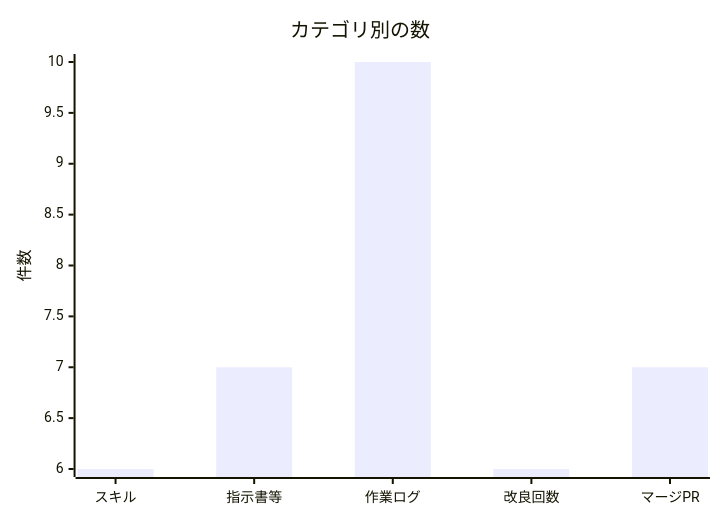
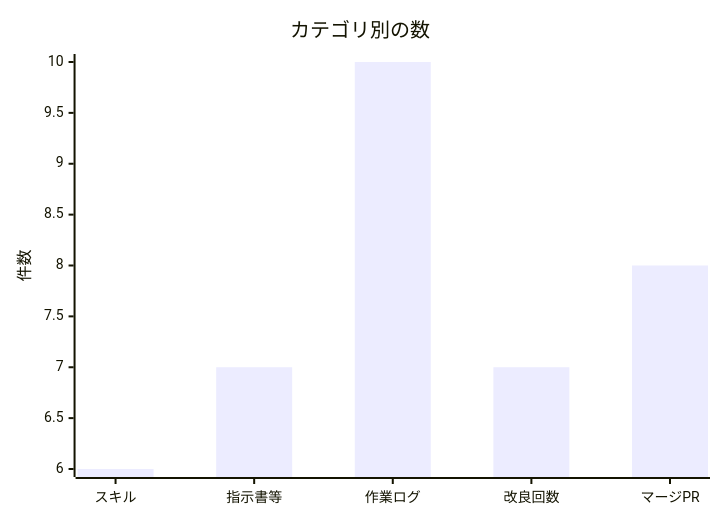
One commit to non-x2/non-x2 changed the second of 2 diagrams in docs/進化レポート.md. Above: the diagram before and after it, drawn with Mermaid. The commit also changed other lines of this file and 5 other files, not shown here.

````diff
--- a/docs/進化レポート.md
+++ b/docs/進化レポート.md
@@ -35,7 +35,7 @@
 ```mermaid
 xychart-beta
     title "カテゴリ別の数"
     x-axis ["スキル", "指示書等", "作業ログ", "改良回数", "マージPR"]
     y-axis "件数"
-    bar [6, 7, 10, 6, 7]
+    bar [6, 7, 10, 7, 8]
 ```
````
